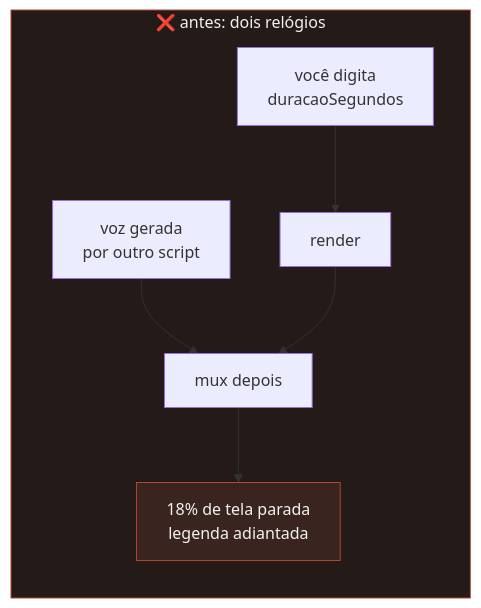
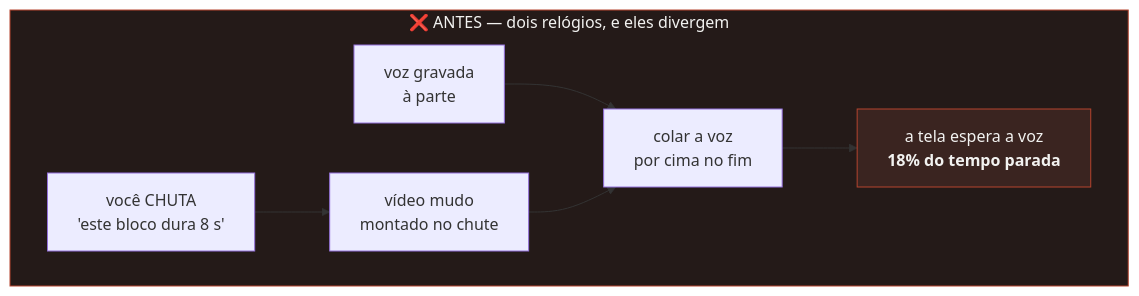
Before and after one commit to claudiogpt/motor-de-canal: the first of 4 diagrams in docs/01-como-funciona.md, drawn with Mermaid. The commit also changed other lines of this file and 1 other file, not shown here.

````diff
--- a/docs/01-como-funciona.md
+++ b/docs/01-como-funciona.md
@@ -19,10 +123,12 @@
 ```mermaid
-flowchart LR
-    subgraph ANTES["❌ antes: dois relógios"]
-        A1["você digita<br/>duracaoSegundos"] --> A2["render"]
-        A3["voz gerada<br/>por outro script"] --> A4["mux depois"]
-        A2 --> A4 --> A5["18% de tela parada<br/>legenda adiantada"]
+flowchart TD
+    subgraph ANTES["❌ ANTES — dois relógios, e eles divergem"]
+        direction LR
+        A1["você CHUTA<br/>'este bloco dura 8 s'"] --> A2["vídeo mudo<br/>montado no chute"]
+        A3["voz gravada<br/>à parte"] --> A4["colar a voz<br/>por cima no fim"]
+        A2 --> A4
+        A4 --> A5["a tela espera a voz<br/><b>18% do tempo parada</b>"]
     end
     style ANTES fill:#241a18,stroke:#B5452F,color:#F2F2F0
     style A5 fill:#3a2420,stroke:#B5452F,color:#F2F2F0
 ```
````
